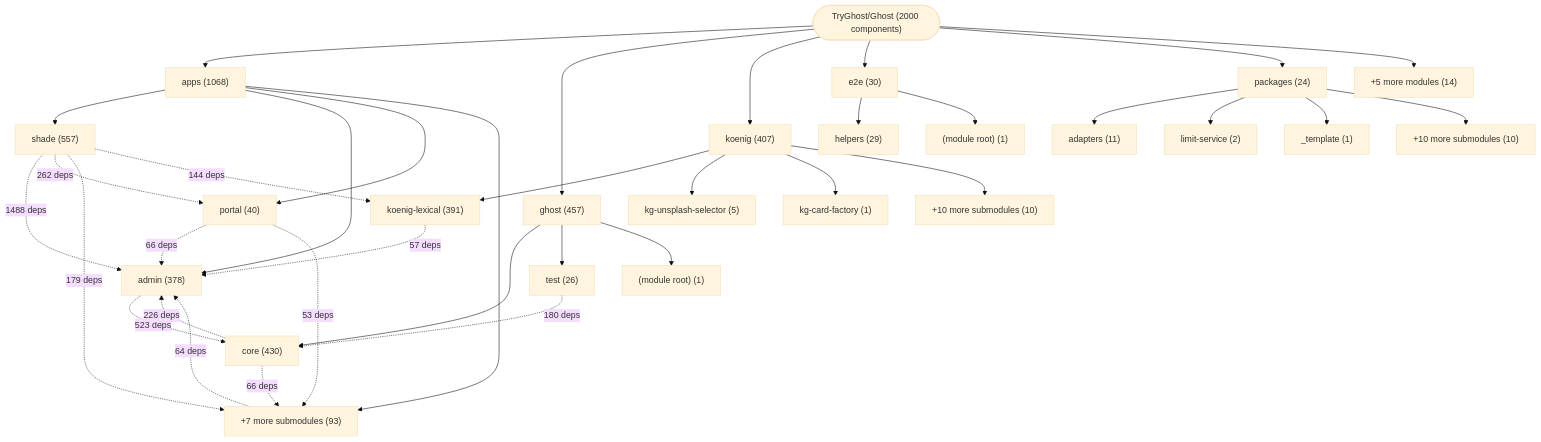
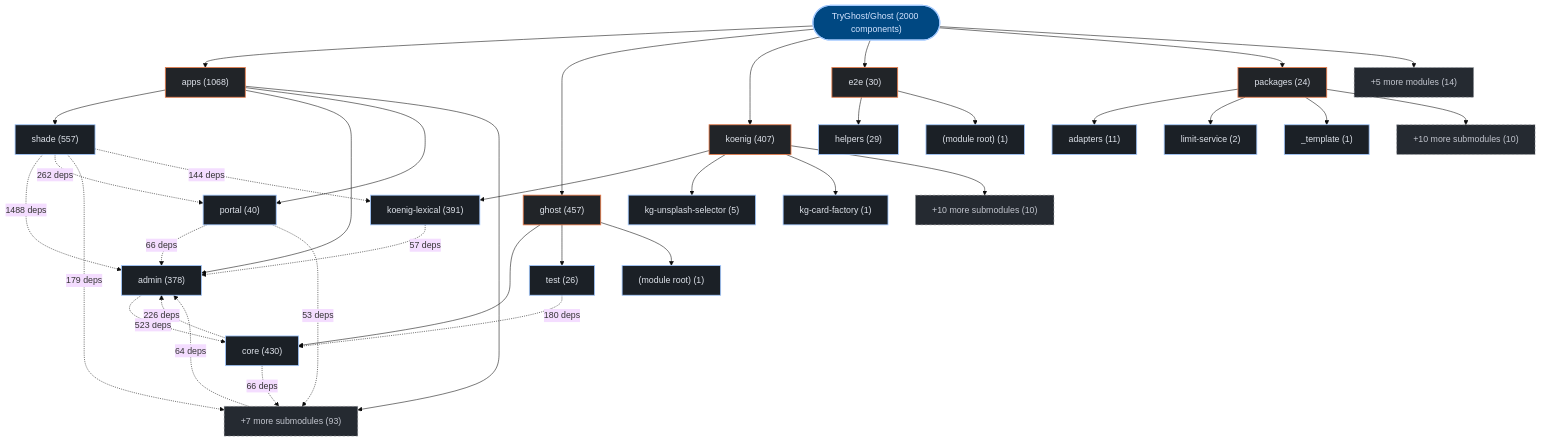
One commit to kumarshaz/atruss-code-atlas changed the first of 3 diagrams in exports/latest/reports/TryGhost-Ghost-report.md. Above: the diagram before and after it, drawn with Mermaid (base theme). The commit also changed other lines of this file and 331 other files, not shown here.

Commit message:
docs,ui,fix: update SDLC docs, reorder CI/CD DAG first, stylize Mermaid, and fix Arc42 pipeline topology

````diff
--- a/exports/latest/reports/TryGhost-Ghost-report.md
+++ b/exports/latest/reports/TryGhost-Ghost-report.md
@@ -42,62 +42,69 @@
 ```mermaid
 graph TD;
-    repo_root(["TryGhost/Ghost (2000 components)"])
-    dir_0_apps["apps (1068)"]
+  classDef atlasRoot fill:#004882,stroke:#a3c9ff,stroke-width:2px,color:#d3e4ff
+  classDef atlasCategory fill:#212428,stroke:#E87A48,stroke-width:1.5px,color:#dfe3eb
+  classDef atlasWorkflow fill:#1b2026,stroke:#a3c9ff,stroke-width:1.5px,color:#dfe3eb
+  classDef atlasJob fill:#171c22,stroke:#8d9199,stroke-width:1px,color:#dfe3eb
+  classDef atlasTarget fill:#005227,stroke:#8bd99b,stroke-width:1.5px,color:#a7f6b6
+  classDef atlasAlert fill:#93000a,stroke:#ffb4ab,stroke-width:1.5px,color:#ffdad6
+  classDef atlasMore fill:#252a31,stroke:#8d9199,stroke-dasharray:4 4,color:#c3c6cf
+    repo_root(["TryGhost/Ghost (2000 components)"]):::atlasRoot
+    dir_0_apps["apps (1068)"]:::atlasCategory
     repo_root --> dir_0_apps
-    sub_0_0_shade["shade (557)"]
+    sub_0_0_shade["shade (557)"]:::atlasWorkflow
     dir_0_apps --> sub_0_0_shade
-    sub_0_1_admin["admin (378)"]
+    sub_0_1_admin["admin (378)"]:::atlasWorkflow
     dir_0_apps --> sub_0_1_admin
-    sub_0_2_portal["portal (40)"]
+    sub_0_2_portal["portal (40)"]:::atlasWorkflow
     dir_0_apps --> sub_0_2_portal
-    sub_0_more["+7 more submodules (93)"]
+    sub_0_more["+7 more submodules (93)"]:::atlasMore
     dir_0_apps --> sub_0_more
-    dir_1_ghost["ghost (457)"]
+    dir_1_ghost["ghost (457)"]:::atlasCategory
     repo_root --> dir_1_ghost
-    sub_1_0_core["core (430)"]
+    sub_1_0_core["core (430)"]:::atlasWorkflow
     dir_1_ghost --> sub_1_0_core
-    sub_1_1_test["test (26)"]
+    sub_1_1_test["test (26)"]:::atlasWorkflow
     dir_1_ghost --> sub_1_1_test
-    sub_1_2__module_root_["(module root) (1)"]
+    sub_1_2__module_root_["(module root) (1)"]:::atlasWorkflow
     dir_1_ghost --> sub_1_2__module_root_
-    dir_2_koenig["koenig (407)"]
+    dir_2_koenig["koenig (407)"]:::atlasCategory
     repo_root --> dir_2_koenig
-    sub_2_0_koenig_lexical["koenig-lexical (391)"]
+    sub_2_0_koenig_lexical["koenig-lexical (391)"]:::atlasWorkflow
     dir_2_koenig --> sub_2_0_koenig_lexical
-    sub_2_1_kg_unsplash_selector["kg-unsplash-selector (5)"]
+    sub_2_1_kg_unsplash_selector["kg-unsplash-selector (5)"]:::atlasWorkflow
     dir_2_koenig --> sub_2_1_kg_unsplash_selector
-    sub_2_2_kg_card_factory["kg-card-factory (1)"]
+    sub_2_2_kg_card_factory["kg-card-factory (1)"]:::atlasWorkflow
     dir_2_koenig --> sub_2_2_kg_card_factory
-    sub_2_more["+10 more submodules (10)"]
+    sub_2_more["+10 more submodules (10)"]:::atlasMore
     dir_2_koenig --> sub_2_more
-    dir_3_e2e["e2e (30)"]
+    dir_3_e2e["e2e (30)"]:::atlasCategory
     repo_root --> dir_3_e2e
-    sub_3_0_helpers["helpers (29)"]
+    sub_3_0_helpers["helpers (29)"]:::atlasWorkflow
     dir_3_e2e --> sub_3_0_helpers
-    sub_3_1__module_root_["(module root) (1)"]
+    sub_3_1__module_root_["(module root) (1)"]:::atlasWorkflow
     dir_3_e2e --> sub_3_1__module_root_
-    dir_4_packages["packages (24)"]
+    dir_4_packages["packages (24)"]:::atlasCategory
     repo_root --> dir_4_packages
-    sub_4_0_adapters["adapters (11)"]
+    sub_4_0_adapters["adapters (11)"]:::atlasWorkflow
     dir_4_packages --> sub_4_0_adapters
-    sub_4_1_limit_service["limit-service (2)"]
+    sub_4_1_limit_service["limit-service (2)"]:::atlasWorkflow
     dir_4_packages --> sub_4_1_limit_service
-    sub_4_2__template["_template (1)"]
+    sub_4_2__template["_template (1)"]:::atlasWorkflow
     dir_4_packages --> sub_4_2__template
-    sub_4_more["+10 more submodules (10)"]
+    sub_4_more["+10 more submodules (10)"]:::atlasMore
     dir_4_packages --> sub_4_more
-    dir_other_modules["+5 more modules (14)"]
+    dir_other_modules["+5 more modules (14)"]:::atlasMore
     repo_root --> dir_other_modules
     sub_0_0_shade -.->|"1488 deps"| sub_0_1_admin
     sub_0_1_admin -.->|"523 deps"| sub_1_0_core
     sub_0_0_shade -.->|"262 deps"| sub_0_2_portal
     sub_1_0_core -.->|"226 deps"| sub_0_1_admin
     sub_1_1_test -.->|"180 deps"| sub_1_0_core
     sub_0_0_shade -.->|"179 deps"| sub_0_more
     sub_0_0_shade -.->|"144 deps"| sub_2_0_koenig_lexical
     sub_0_2_portal -.->|"66 deps"| sub_0_1_admin
     sub_1_0_core -.->|"66 deps"| sub_0_more
     sub_0_more -.->|"64 deps"| sub_0_1_admin
     sub_2_0_koenig_lexical -.->|"57 deps"| sub_0_1_admin
     sub_0_2_portal -.->|"53 deps"| sub_0_more
 ```
````
